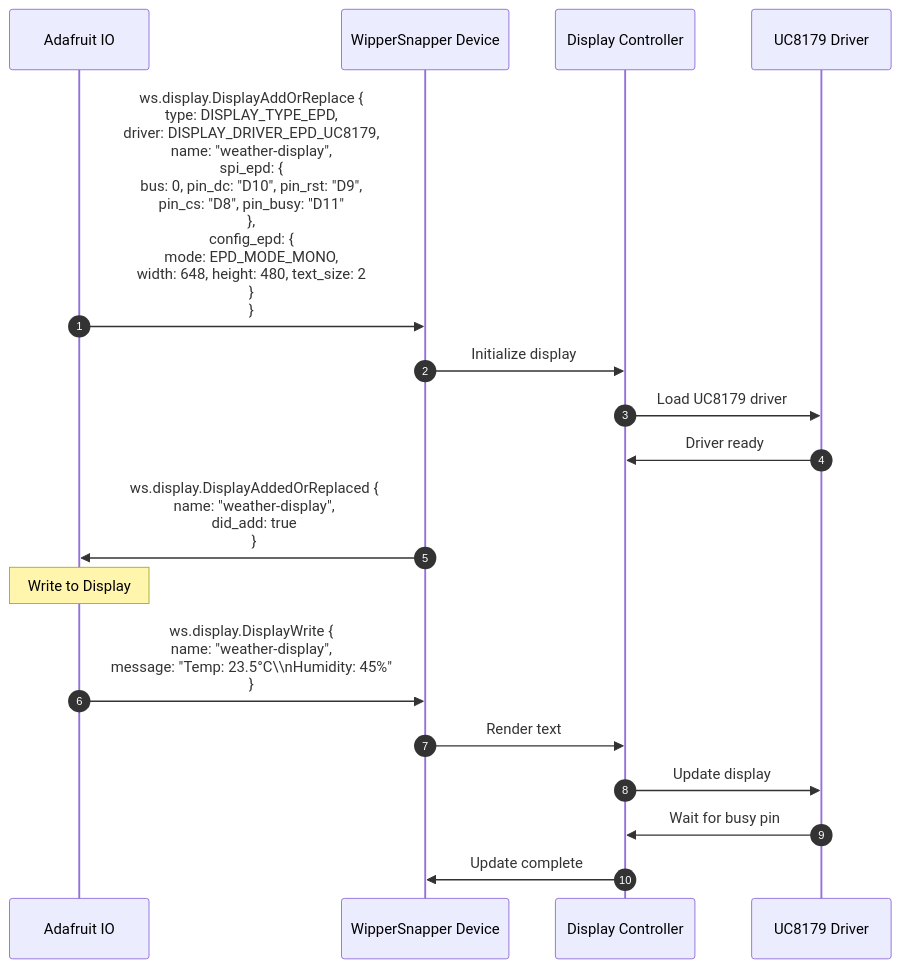
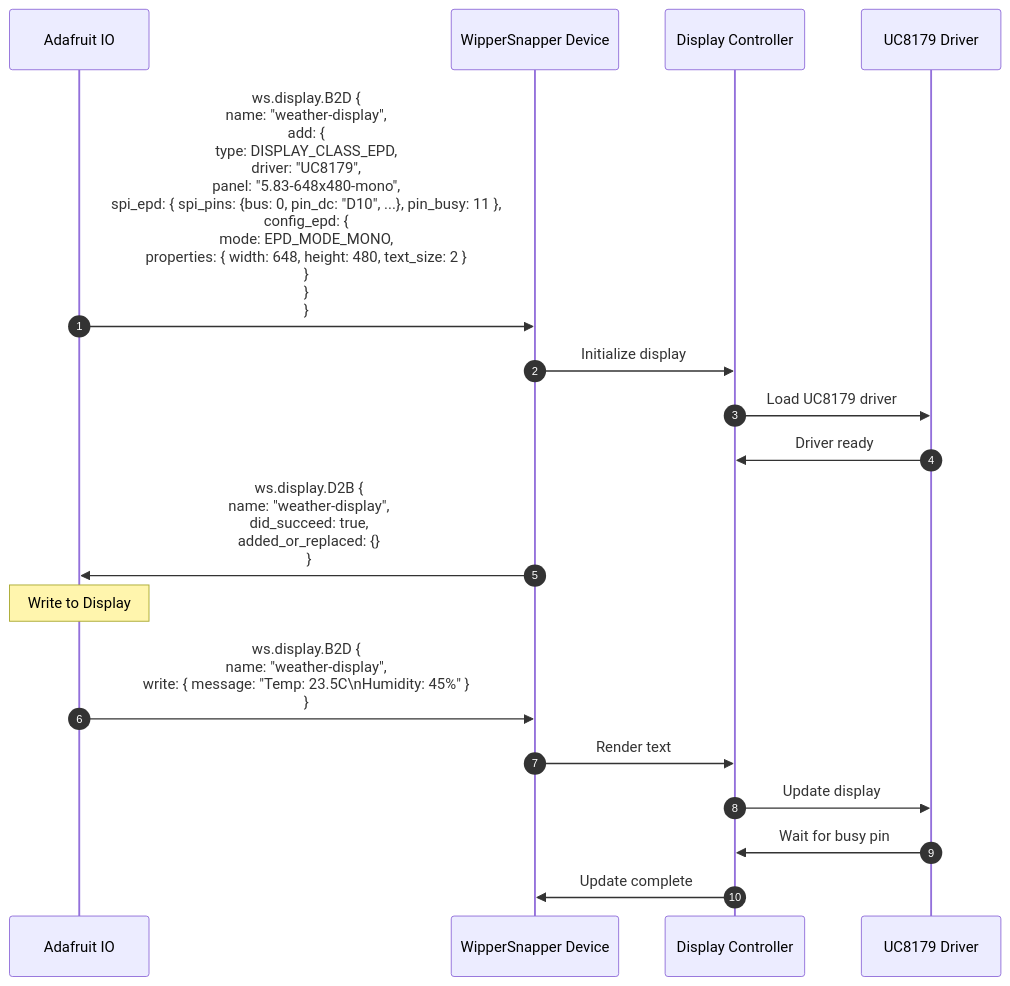
One commit to adafruit/Wippersnapper_Protobuf changed the sixth of 13 diagrams in proto/wippersnapper/docs/wippersnapper_device_overview.md. Above: the diagram before and after it, drawn with Mermaid. The commit also changed other lines of this file and 10 other files, not shown here.

````diff
--- a/proto/wippersnapper/docs/wippersnapper_device_overview.md
+++ b/proto/wippersnapper/docs/wippersnapper_device_overview.md
@@ -363,24 +369,24 @@
 ```mermaid
 sequenceDiagram
 autonumber
 participant IO as Adafruit IO
 participant Device as WipperSnapper Device
 participant Display as Display Controller
 participant Driver as UC8179 Driver
 
-IO->>Device: ws.display.DisplayAddOrReplace {<br/>  type: DISPLAY_TYPE_EPD,<br/>  driver: DISPLAY_DRIVER_EPD_UC8179,<br/>  name: "weather-display",<br/>  spi_epd: {<br/>    bus: 0, pin_dc: "D10", pin_rst: "D9",<br/>    pin_cs: "D8", pin_busy: "D11"<br/>  },<br/>  config_epd: {<br/>    mode: EPD_MODE_MONO,<br/>    width: 648, height: 480, text_size: 2<br/>  }<br/>}
+IO->>Device: ws.display.B2D {<br/>  name: "weather-display",<br/>  add: {<br/>    type: DISPLAY_CLASS_EPD,<br/>    driver: "UC8179",<br/>    panel: "5.83-648x480-mono",<br/>    spi_epd: { spi_pins: {bus: 0, pin_dc: "D10", ...}, pin_busy: 11 },<br/>    config_epd: {<br/>      mode: EPD_MODE_MONO,<br/>      properties: { width: 648, height: 480, text_size: 2 }<br/>    }<br/>  }<br/>}
 
 Device->>Display: Initialize display
 Display->>Driver: Load UC8179 driver
 Driver->>Display: Driver ready
 
-Device->>IO: ws.display.DisplayAddedOrReplaced {<br/>  name: "weather-display",<br/>  did_add: true<br/>}
+Device->>IO: ws.display.D2B {<br/>  name: "weather-display",<br/>  did_succeed: true,<br/>  added_or_replaced: {}<br/>}
 
 Note over IO: Write to Display
-IO->>Device: ws.display.DisplayWrite {<br/>  name: "weather-display",<br/>  message: "Temp: 23.5°C\\nHumidity: 45%"<br/>}
+IO->>Device: ws.display.B2D {<br/>  name: "weather-display",<br/>  write: { message: "Temp: 23.5C\nHumidity: 45%" }<br/>}
 
 Device->>Display: Render text
 Display->>Driver: Update display
 Driver->>Display: Wait for busy pin
 Display->>Device: Update complete
 ```
````
